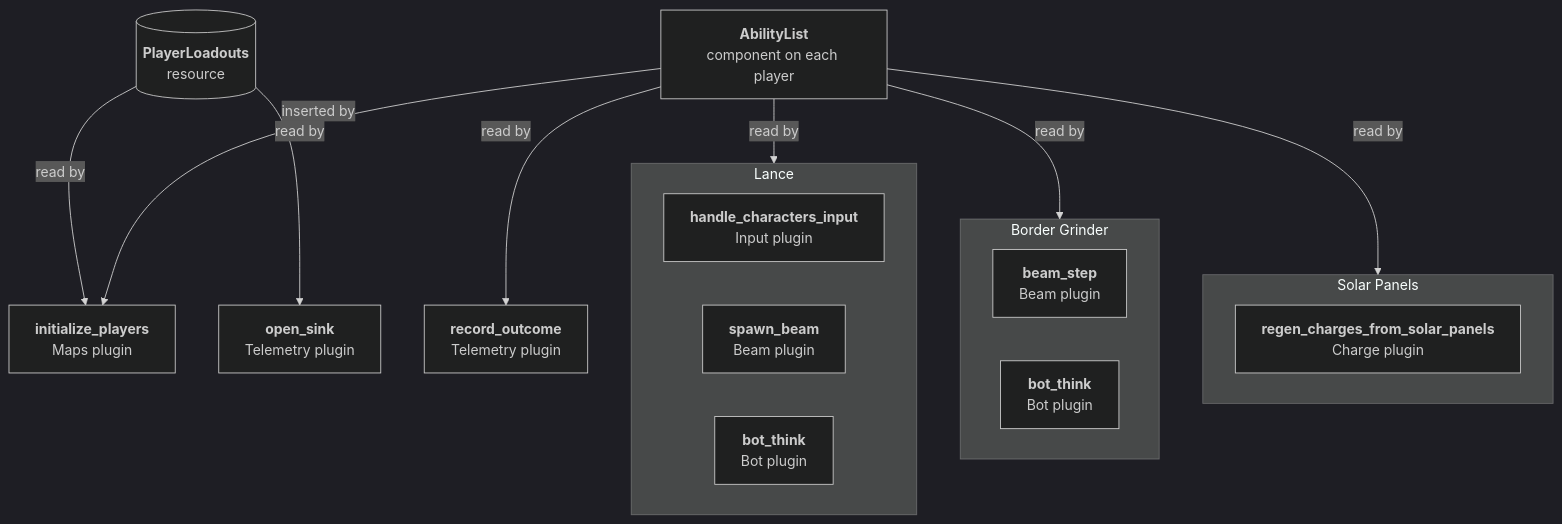
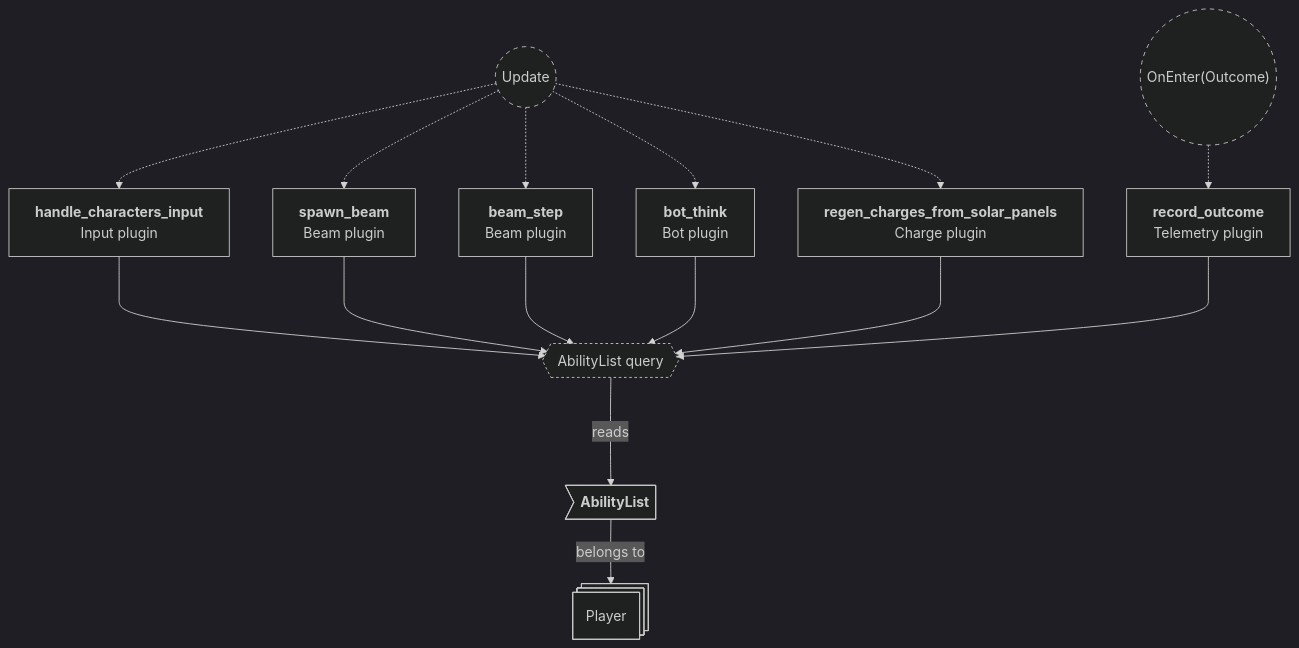
The fourth of 4 diagrams in backlog/docs/doc-12 - 010-Abilities-plugin.md (neurosoup/tyled), drawn with Mermaid before and after one commit. The commit also changed other lines of this file and 2 other files, not shown here.

First line of the commit message:
Docs: update doc-14 HUD plugin and doc-12 CRUD; build digit animations once

````diff
--- a/backlog/docs/doc-12 - 010-Abilities-plugin.md
+++ b/backlog/docs/doc-12 - 010-Abilities-plugin.md
@@ -43,51 +144,46 @@
 ```mermaid
 ---
 config:
   theme: dark
 ---
 
 flowchart TD
+classDef system-group stroke-dasharray: 5 5
+classDef query stroke-dasharray: 3 3
 
-loadouts[("`**PlayerLoadouts**
-resource`")]
-list["`**AbilityList**
-component on each player`"]
-
-initialize_players["`**initialize_players**
-Maps plugin`"]
-open_sink["`**open_sink**
-Telemetry plugin`"]
-
-loadouts --> |read by| initialize_players
-list --> |inserted by| initialize_players
-loadouts --> |read by| open_sink
-
-subgraph lance ["Lance"]
-  handle_characters_input["`**handle_characters_input**
-  Input plugin`"]
-  spawn_beam["`**spawn_beam**
-  Beam plugin`"]
-  bot_think_lance["`**bot_think**
-  Bot plugin`"]
-end
-
-subgraph grinder ["Border Grinder"]
-  beam_step["`**beam_step**
-  Beam plugin`"]
-  bot_think_grinder["`**bot_think**
-  Bot plugin`"]
-end
-
-subgraph solar ["Solar Panels"]
-  regen["`**regen_charges_from_solar_panels**
-  Charge plugin`"]
-end
-
+update(("`Update`")):::system-group
+handle_characters_input["`**handle_characters_input**
+Input plugin`"]
+spawn_beam["`**spawn_beam**
+Beam plugin`"]
+beam_step["`**beam_step**
+Beam plugin`"]
+bot_think["`**bot_think**
+Bot plugin`"]
+regen["`**regen_charges_from_solar_panels**
+Charge plugin`"]
 record_outcome["`**record_outcome**
 Telemetry plugin`"]
 
-list --> |read by| lance
-list --> |read by| grinder
-list --> |read by| solar
-list --> |read by| record_outcome
+update -.-> handle_characters_input
+update -.-> spawn_beam
+update -.-> beam_step
+update -.-> bot_think
+update -.-> regen
+enter_outcome(("`OnEnter(Outcome)`")):::system-group
+enter_outcome -.-> record_outcome
+
+ability_query{{"`AbilityList query`"}}:::query
+handle_characters_input ---> ability_query
+spawn_beam ---> ability_query
+beam_step ---> ability_query
+bot_think ---> ability_query
+regen ---> ability_query
+record_outcome ---> ability_query
+
+player_entity@{ shape: st-rect, label: "Player" }
+
+al_list>"`**AbilityList**`"] --> |belongs to| player_entity
+
+ability_query ---> |reads| al_list
 ```
````
